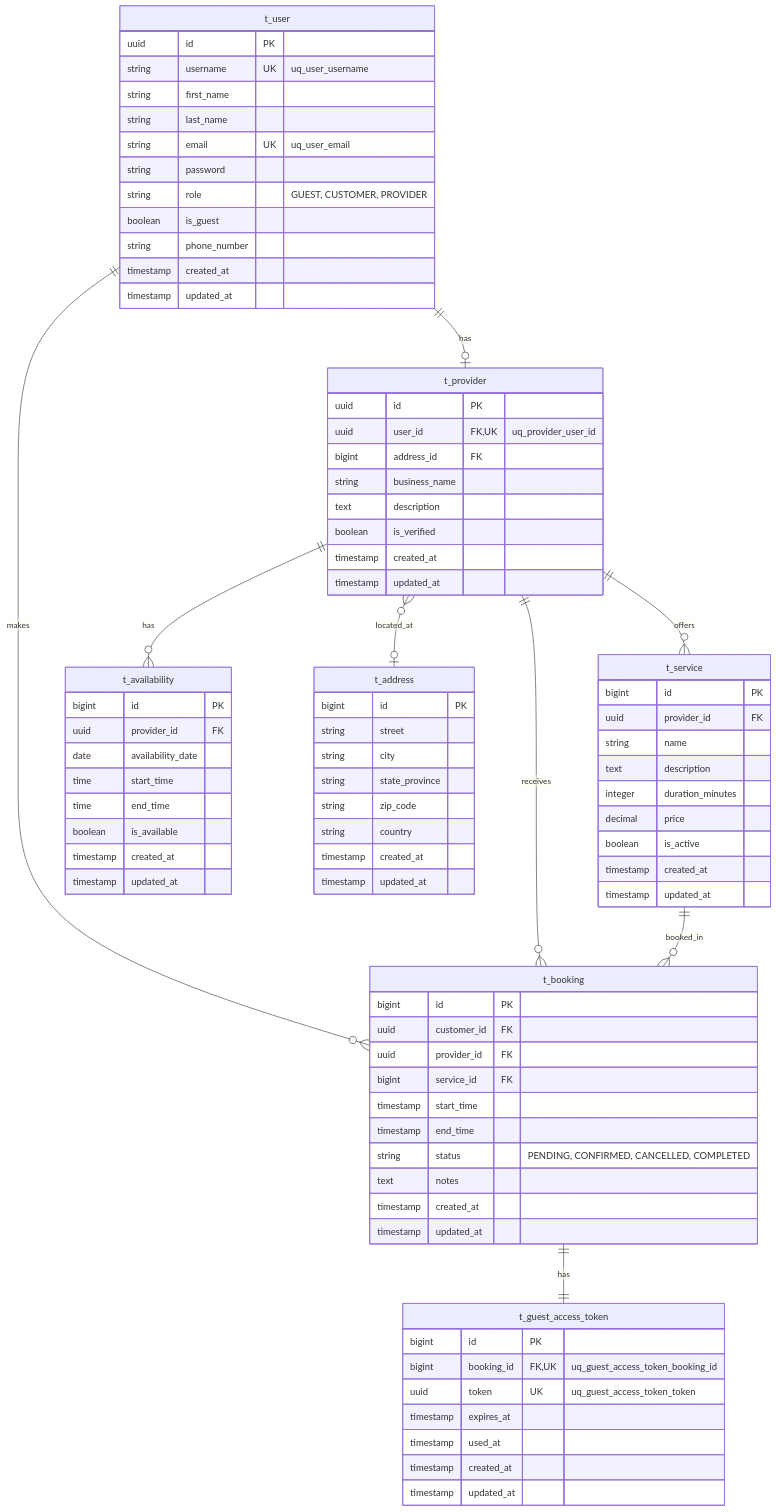
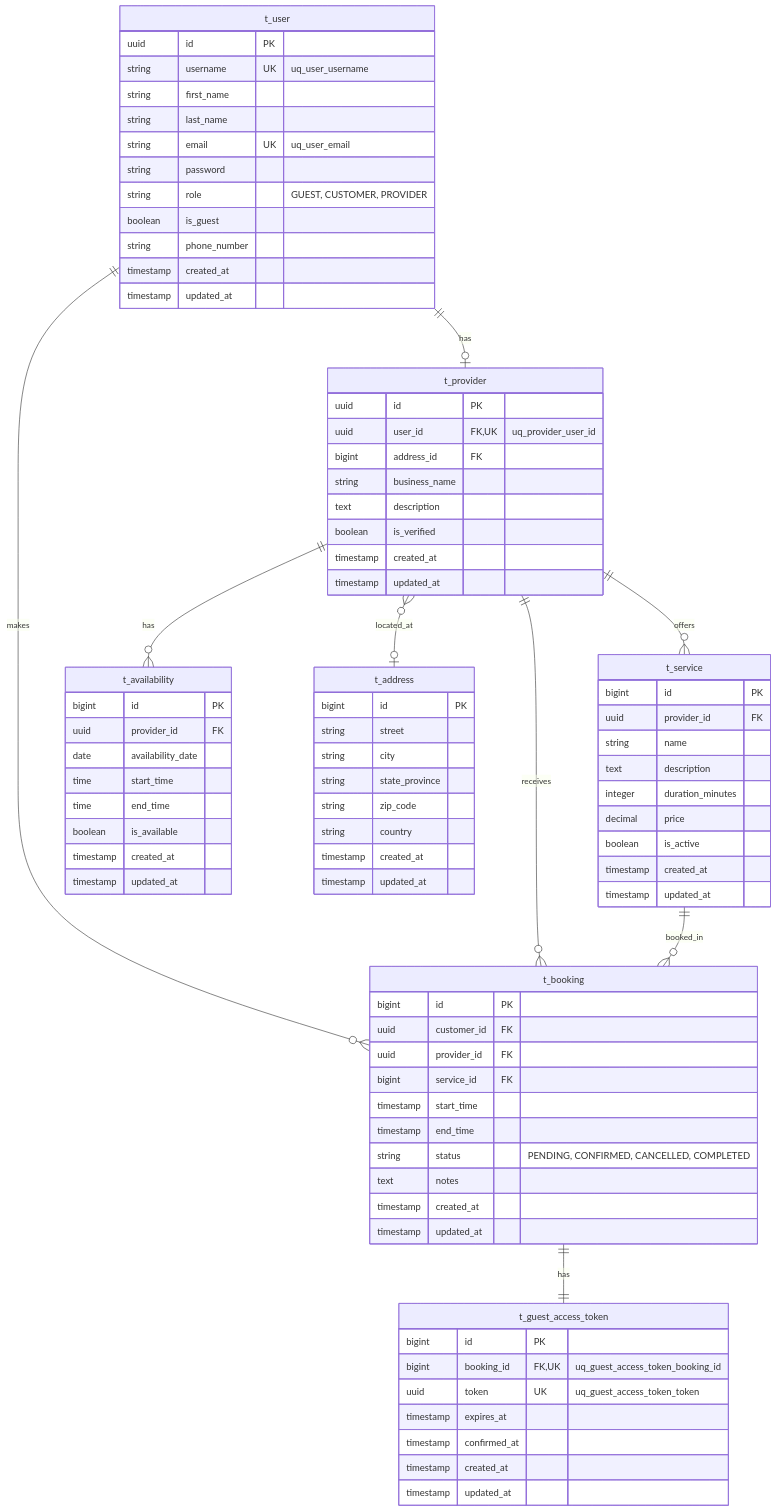
The diagram in README.md (unfinitas/bookora), drawn with Mermaid before and after one commit. The commit also changed 69 other files, not shown here.

```diff
--- a/README.md
+++ b/README.md
@@ -113,7 +113,7 @@
         bigint booking_id FK,UK "uq_guest_access_token_booking_id"
         uuid token UK "uq_guest_access_token_token"
         timestamp expires_at
-        timestamp used_at
+        timestamp confirmed_at
         timestamp created_at
         timestamp updated_at
     }
```
